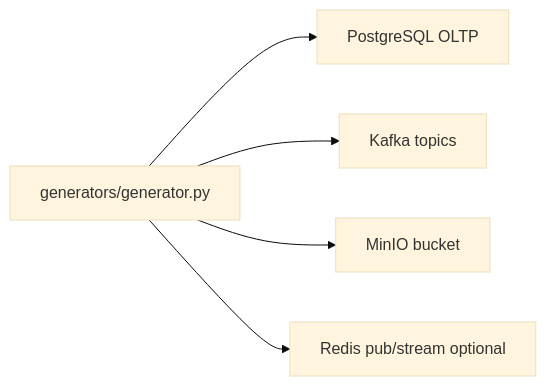
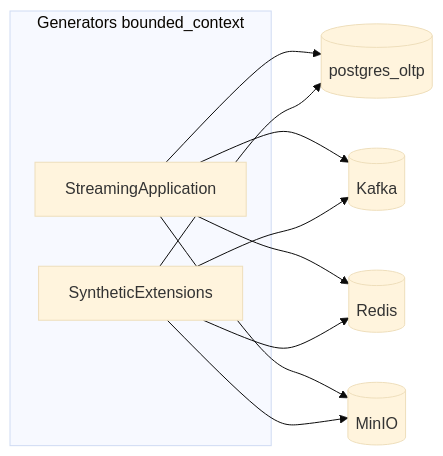
The diagram in docs/Generators.md (svergio/DataOpsShowcase), drawn with Mermaid (base theme) before and after one commit. The commit also changed other lines of this file and 90 other files, not shown here.

````diff
--- a/docs/Generators.md
+++ b/docs/Generators.md
@@ -11,8 +9,19 @@
 ```mermaid
 flowchart LR
-  G[generators/generator.py]
-  G --> O[PostgreSQL OLTP]
-  G --> K[Kafka topics]
-  G --> M[MinIO bucket]
-  G --> R[Redis pub/stream optional]
+  subgraph generators_bc [Generators bounded_context]
+    App[StreamingApplication]
+    Ext[SyntheticExtensions]
+  end
+  postgres_oltp[(postgres_oltp)]
+  kafka[(Kafka)]
+  redis[(Redis)]
+  minio[(MinIO)]
+  App --> postgres_oltp
+  App --> kafka
+  App --> redis
+  App --> minio
+  Ext --> postgres_oltp
+  Ext --> kafka
+  Ext --> redis
+  Ext --> minio
 ```
````
